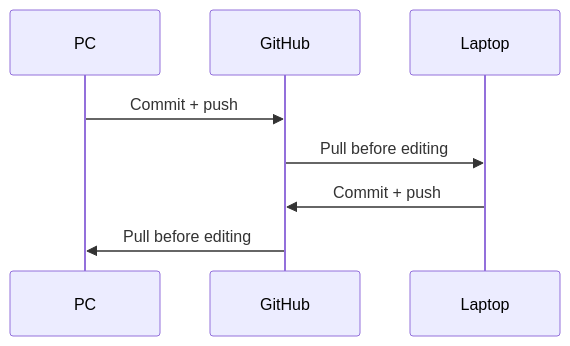
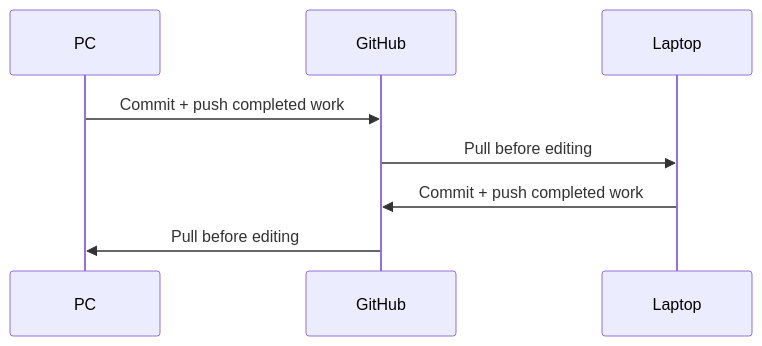
The diagram in tracks/08-maintenance.md (mmoptibuilds-commits/portfolio-setup), drawn with Mermaid before and after one commit. The commit also changed other lines of this file and 9 other files, not shown here.

````diff
--- a/tracks/08-maintenance.md
+++ b/tracks/08-maintenance.md
@@ -10,10 +15,11 @@
 ```mermaid
 sequenceDiagram
     participant PC
     participant GitHub
     participant Laptop
-    PC->>GitHub: Commit + push
+
+    PC->>GitHub: Commit + push completed work
     GitHub->>Laptop: Pull before editing
-    Laptop->>GitHub: Commit + push
+    Laptop->>GitHub: Commit + push completed work
     GitHub->>PC: Pull before editing
 ```
````
